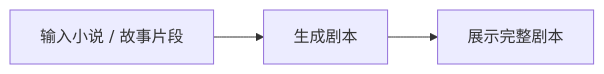
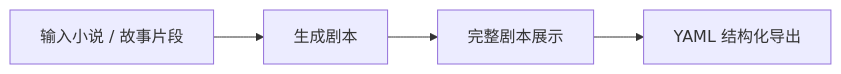
Before and after one commit to wyq030324-hub/StoryFlow-AI: the first of 2 diagrams in README.md, drawn with Mermaid. The commit also changed other lines of this file and 6 other files, not shown here.

````diff
--- a/README.md
+++ b/README.md
@@ -38,5 +55,6 @@
 ```mermaid
 flowchart LR
   A["输入小说 / 故事片段"] --> B["生成剧本"]
-  B --> C["展示完整剧本"]
+  B --> C["完整剧本展示"]
+  C --> D["YAML 结构化导出"]
 ```
````
